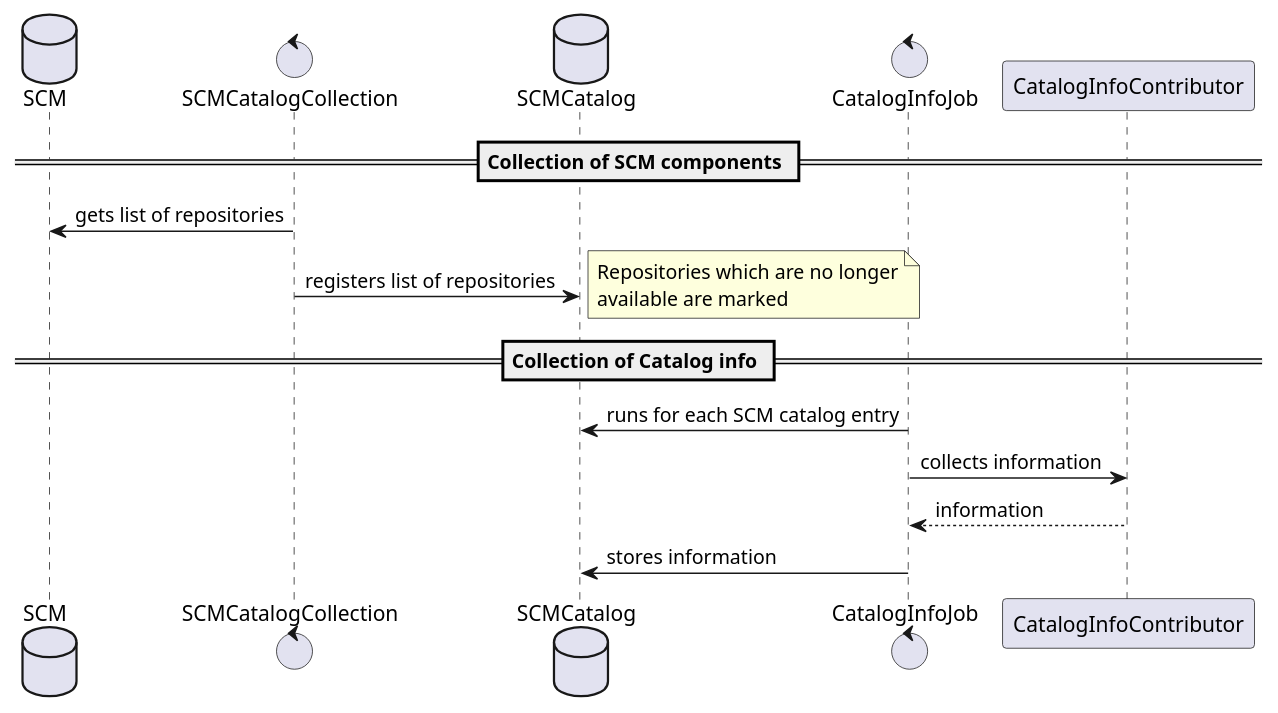
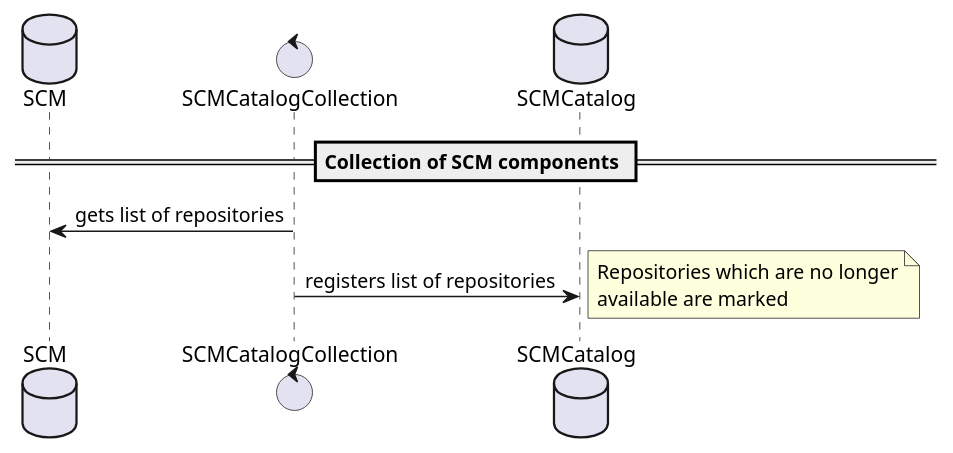
The diagram in ontrack-docs/src/docs/asciidoc/catalog-overview.puml (nemerosa/ontrack), drawn with PlantUML before and after one commit. The commit also changed 8 other files, not shown here.

```diff
--- a/ontrack-docs/src/docs/asciidoc/catalog-overview.puml
+++ b/ontrack-docs/src/docs/asciidoc/catalog-overview.puml
@@ -1,28 +1,18 @@
 @startuml
 
 == Collection of SCM components ==
 
 database SCM
 
 control SCMCatalogCollection
 
 database SCMCatalog
 
-control CatalogInfoJob
-participant CatalogInfoContributor
-
 SCMCatalogCollection -> SCM: gets list of repositories
 SCMCatalogCollection -> SCMCatalog: registers list of repositories
 note right
     Repositories which are no longer
     available are marked
 end note
 
-== Collection of Catalog info ==
-
-CatalogInfoJob -> SCMCatalog: runs for each SCM catalog entry
-CatalogInfoJob -> CatalogInfoContributor: collects information
-CatalogInfoContributor --> CatalogInfoJob: information
-CatalogInfoJob -> SCMCatalog: stores information
-
 @enduml
```
